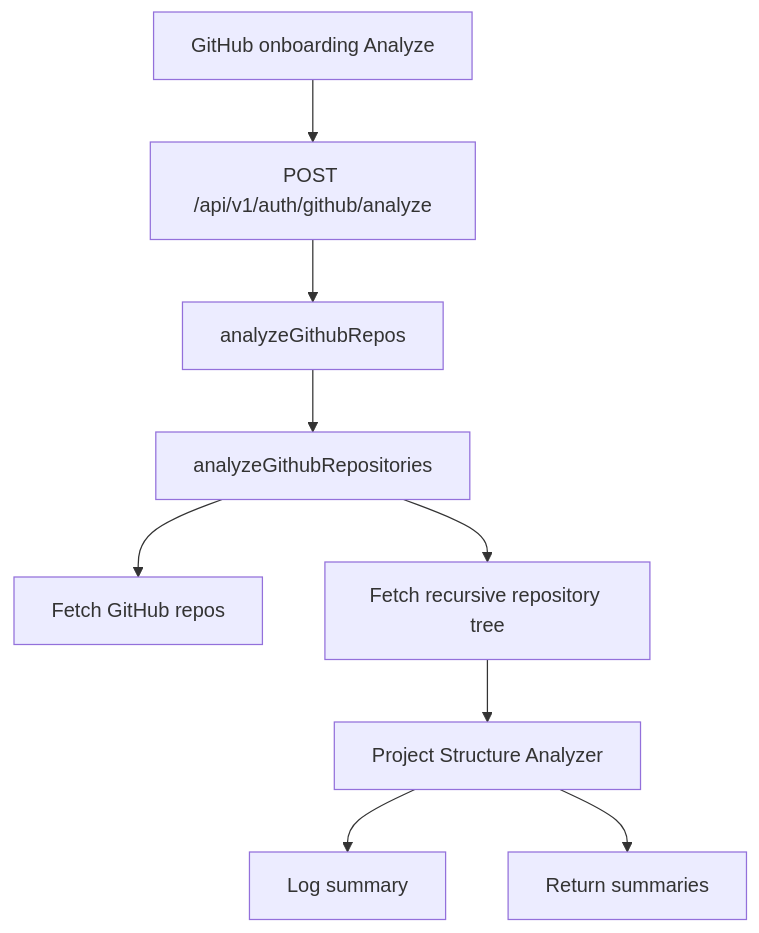
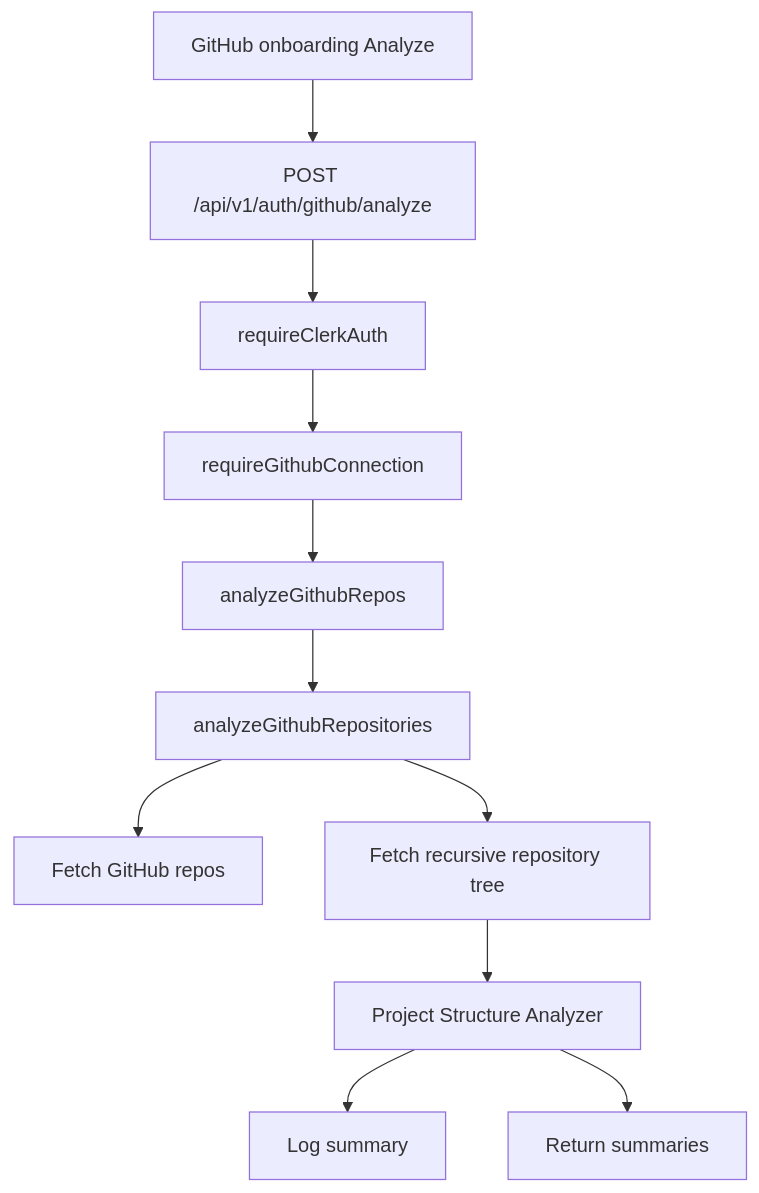
Before and after one commit to myusubov/tailorcv: the first of 2 diagrams in docs/architecture/github-analysis.md, drawn with Mermaid. The commit also changed other lines of this file and 10 other files, not shown here.

First line of the commit message:
refactor(github): require connection middleware

````diff
--- a/docs/architecture/github-analysis.md
+++ b/docs/architecture/github-analysis.md
@@ -80,11 +82,13 @@
 ```mermaid
 flowchart TD
   FE[GitHub onboarding Analyze] --> Route[POST /api/v1/auth/github/analyze]
-  Route --> Controller[analyzeGithubRepos]
+  Route --> Clerk[requireClerkAuth]
+  Clerk --> GitHubAuth[requireGithubConnection]
+  GitHubAuth --> Controller[analyzeGithubRepos]
   Controller --> Service[analyzeGithubRepositories]
   Service --> Repos[Fetch GitHub repos]
   Service --> Tree[Fetch recursive repository tree]
   Tree --> Analyzer[Project Structure Analyzer]
   Analyzer --> Log[Log summary]
   Analyzer --> Response[Return summaries]
 ```
````
